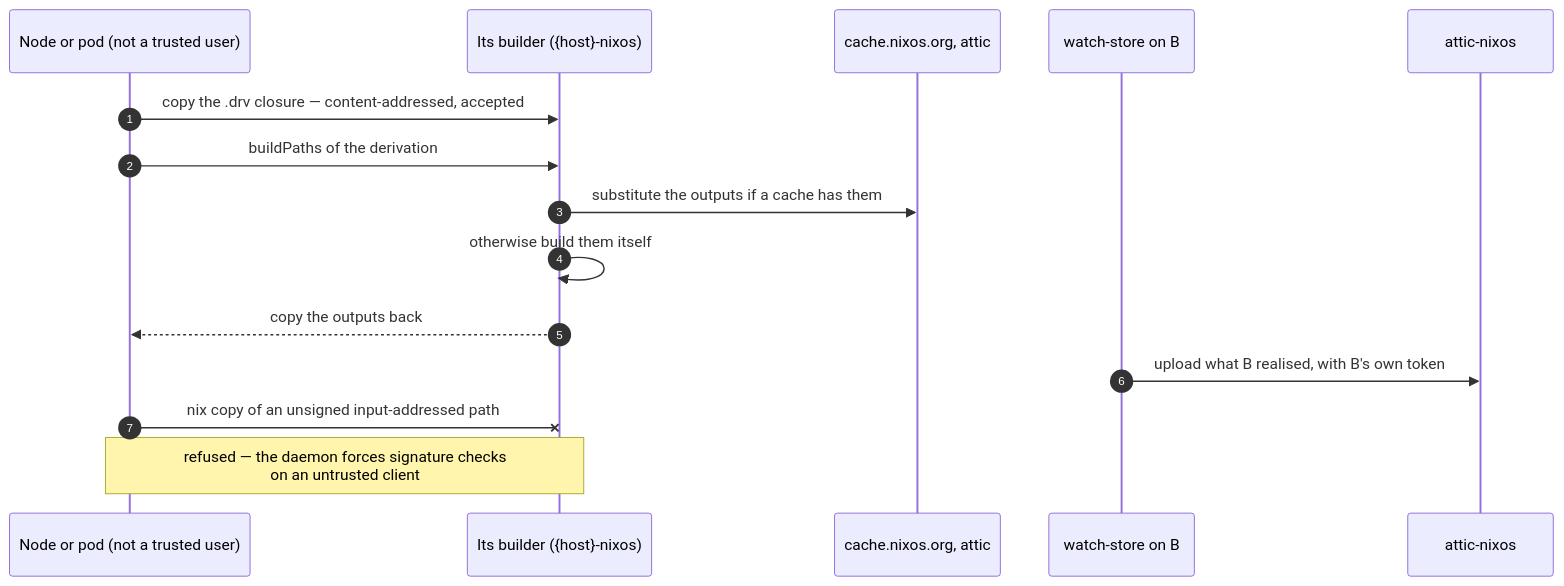
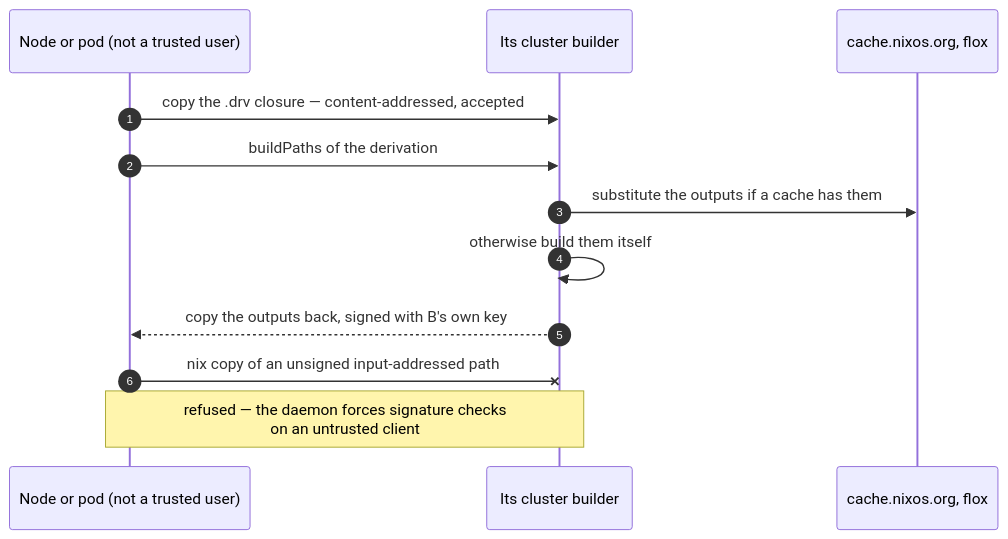
The sixth of 14 diagrams in docs/private-binary-cache-spec.adoc (seedmatic/ndh), drawn with Mermaid before and after one commit. The commit also changed other lines of this file and 1 other file, not shown here.

```diff
--- a/docs/private-binary-cache-spec.adoc
+++ b/docs/private-binary-cache-spec.adoc
@@ -875,18 +816,15 @@
 [mermaid]
 ....
 sequenceDiagram
   autonumber
   participant N as Node or pod (not a trusted user)
-  participant B as Its builder ({host}-nixos)
-  participant U as cache.nixos.org, attic
-  participant W as watch-store on B
-  participant A as attic-nixos
+  participant B as Its cluster builder
+  participant U as cache.nixos.org, flox
   N->>B: copy the .drv closure — content-addressed, accepted
   N->>B: buildPaths of the derivation
   B->>U: substitute the outputs if a cache has them
   B->>B: otherwise build them itself
-  B-->>N: copy the outputs back
-  W->>A: upload what B realised, with B's own token
+  B-->>N: copy the outputs back, signed with B's own key
   N-xB: nix copy of an unsigned input-addressed path
   Note over N,B: refused — the daemon forces signature checks<br/>on an untrusted client
 ....
```
